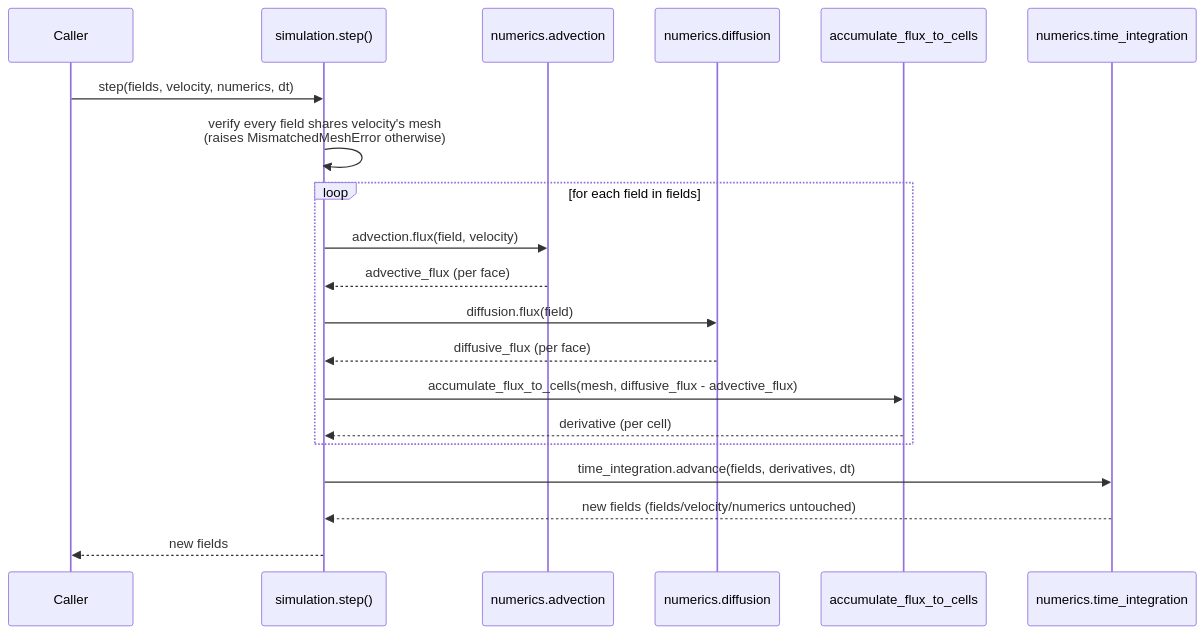
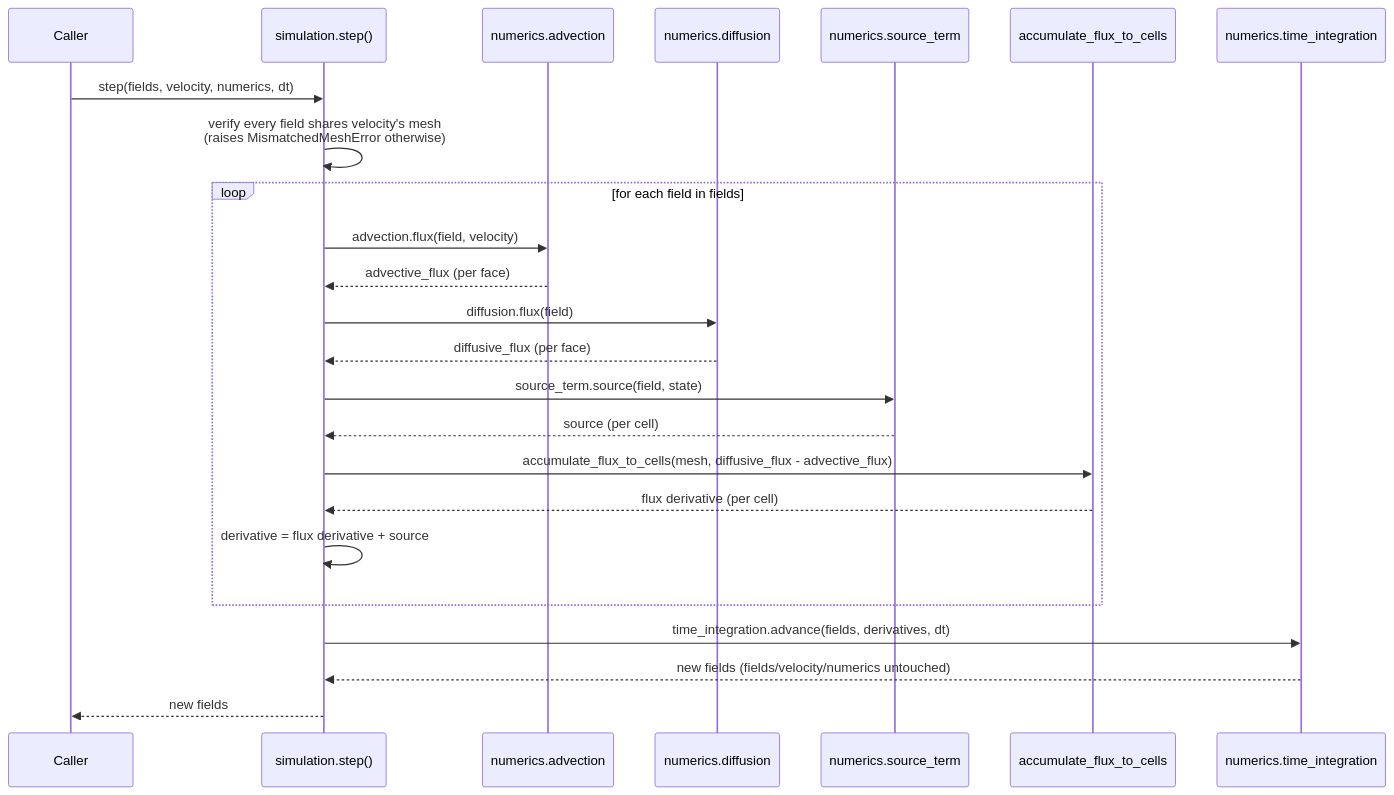
The second of 6 diagrams in docs/architecture/sequences.md (AdamClemens/PyFlow), drawn with Mermaid before and after one commit. The commit also changed other lines of this file and 36 other files, not shown here.

````diff
--- a/docs/architecture/sequences.md
+++ b/docs/architecture/sequences.md
@@ -85,23 +85,27 @@
 ```mermaid
 sequenceDiagram
     participant Caller
     participant Step as simulation.step()
     participant Adv as numerics.advection
     participant Diff as numerics.diffusion
+    participant Src as numerics.source_term
     participant Accum as accumulate_flux_to_cells
     participant TI as numerics.time_integration
 
     Caller->>Step: step(fields, velocity, numerics, dt)
     Step->>Step: verify every field shares velocity's mesh<br/>(raises MismatchedMeshError otherwise)
     loop for each field in fields
         Step->>Adv: advection.flux(field, velocity)
         Adv-->>Step: advective_flux (per face)
         Step->>Diff: diffusion.flux(field)
         Diff-->>Step: diffusive_flux (per face)
+        Step->>Src: source_term.source(field, state)
+        Src-->>Step: source (per cell)
         Step->>Accum: accumulate_flux_to_cells(mesh, diffusive_flux - advective_flux)
-        Accum-->>Step: derivative (per cell)
+        Accum-->>Step: flux derivative (per cell)
+        Step->>Step: derivative = flux derivative + source
     end
     Step->>TI: time_integration.advance(fields, derivatives, dt)
     TI-->>Step: new fields (fields/velocity/numerics untouched)
     Step-->>Caller: new fields
 ```
````
